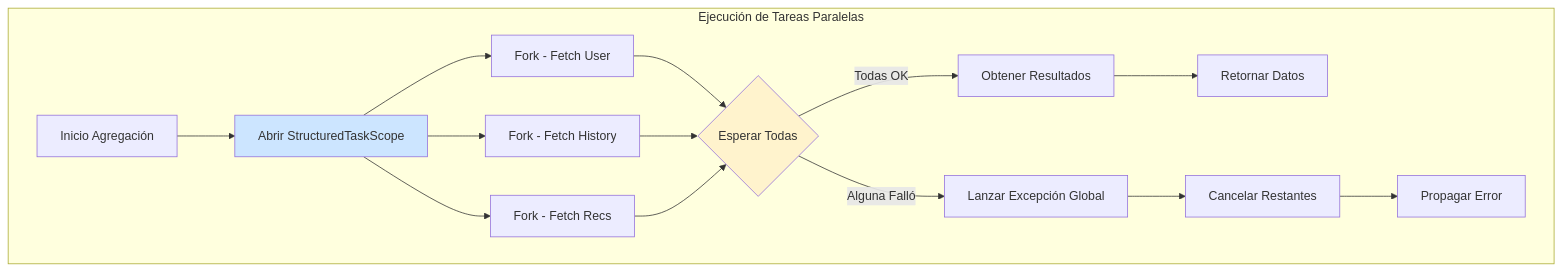
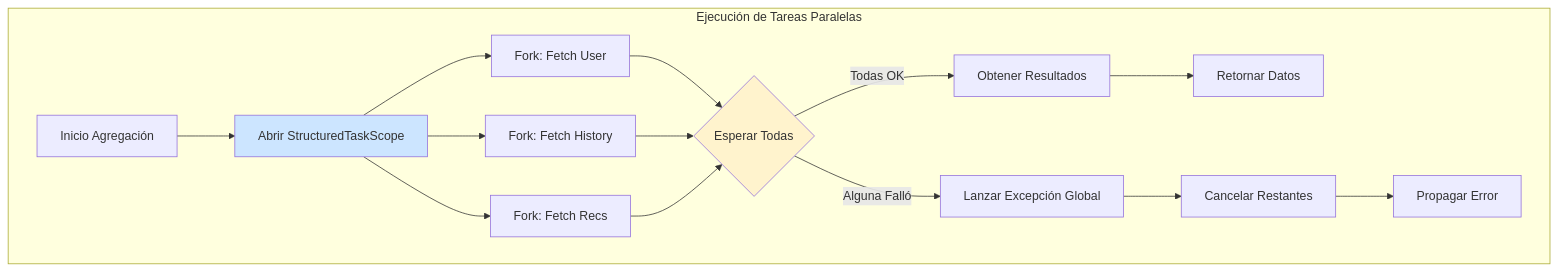
One commit to Joaquinriosheredia/DAM-Java-Mastery changed the fourth of 5 diagrams in 01_Java_Core/java_21_virtual_threads_STAFF.md. Above: the diagram before and after it, drawn with Mermaid. The commit also changed other lines of this file, not shown here.

````diff
--- a/01_Java_Core/java_21_virtual_threads_STAFF.md
+++ b/01_Java_Core/java_21_virtual_threads_STAFF.md
@@ -299,23 +316,23 @@
 ```mermaid
 graph TD
     subgraph "Ejecución de Tareas Paralelas"
         START[Inicio Agregación] --> SCOPE[Abrir StructuredTaskScope]
-        SCOPE --> FORK1[Fork - Fetch User]
-        SCOPE --> FORK2[Fork - Fetch History]
-        SCOPE --> FORK3[Fork - Fetch Recs]
+        SCOPE --> FORK1[Fork: Fetch User]
+        SCOPE --> FORK2[Fork: Fetch History]
+        SCOPE --> FORK3[Fork: Fetch Recs]
         
         FORK1 --> WAIT{Esperar Todas}
         FORK2 --> WAIT
         FORK3 --> WAIT
         
         WAIT -->|Todas OK| RESULT[Obtener Resultados]
         WAIT -->|Alguna Falló| FAIL[Lanzar Excepción Global]
         
         RESULT --> END[Retornar Datos]
         FAIL --> CLEANUP[Cancelar Restantes]
         CLEANUP --> END_FAIL[Propagar Error]
     end
     
     style SCOPE fill:#cce5ff
     style WAIT fill:#fff3cd
 ```
````
